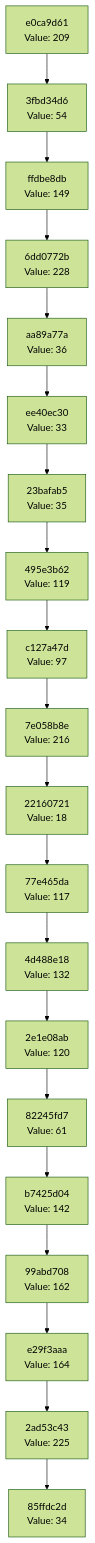
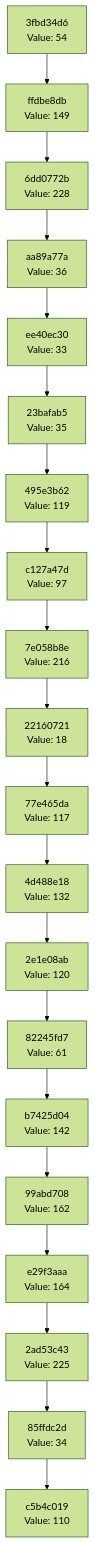
One commit to Abhisheksinha1506/hash-chain-evolver changed the diagram in docs/CHAIN_VISUALIZATION.md. Above: the diagram before and after it, drawn with Mermaid (forest theme). The commit also changed 3 other files, not shown here.

````diff
--- a/docs/CHAIN_VISUALIZATION.md
+++ b/docs/CHAIN_VISUALIZATION.md
@@ -3,42 +3,42 @@
 ```mermaid
 graph TD
-    C0["85ffdc2d<br/>Value: 34"]
-    C1["2ad53c43<br/>Value: 225"]
+    C0["c5b4c019<br/>Value: 110"]
+    C1["85ffdc2d<br/>Value: 34"]
     C1 --> C0
-    C2["e29f3aaa<br/>Value: 164"]
+    C2["2ad53c43<br/>Value: 225"]
     C2 --> C1
-    C3["99abd708<br/>Value: 162"]
+    C3["e29f3aaa<br/>Value: 164"]
     C3 --> C2
-    C4["b7425d04<br/>Value: 142"]
+    C4["99abd708<br/>Value: 162"]
     C4 --> C3
-    C5["82245fd7<br/>Value: 61"]
+    C5["b7425d04<br/>Value: 142"]
     C5 --> C4
-    C6["2e1e08ab<br/>Value: 120"]
+    C6["82245fd7<br/>Value: 61"]
     C6 --> C5
-    C7["4d488e18<br/>Value: 132"]
+    C7["2e1e08ab<br/>Value: 120"]
     C7 --> C6
-    C8["77e465da<br/>Value: 117"]
+    C8["4d488e18<br/>Value: 132"]
     C8 --> C7
-    C9["22160721<br/>Value: 18"]
+    C9["77e465da<br/>Value: 117"]
     C9 --> C8
-    C10["7e058b8e<br/>Value: 216"]
+    C10["22160721<br/>Value: 18"]
     C10 --> C9
-    C11["c127a47d<br/>Value: 97"]
+    C11["7e058b8e<br/>Value: 216"]
     C11 --> C10
-    C12["495e3b62<br/>Value: 119"]
+    C12["c127a47d<br/>Value: 97"]
     C12 --> C11
-    C13["23bafab5<br/>Value: 35"]
+    C13["495e3b62<br/>Value: 119"]
     C13 --> C12
-    C14["ee40ec30<br/>Value: 33"]
+    C14["23bafab5<br/>Value: 35"]
     C14 --> C13
-    C15["aa89a77a<br/>Value: 36"]
+    C15["ee40ec30<br/>Value: 33"]
     C15 --> C14
-    C16["6dd0772b<br/>Value: 228"]
+    C16["aa89a77a<br/>Value: 36"]
     C16 --> C15
-    C17["ffdbe8db<br/>Value: 149"]
+    C17["6dd0772b<br/>Value: 228"]
     C17 --> C16
-    C18["3fbd34d6<br/>Value: 54"]
+    C18["ffdbe8db<br/>Value: 149"]
     C18 --> C17
-    C19["e0ca9d61<br/>Value: 209"]
+    C19["3fbd34d6<br/>Value: 54"]
     C19 --> C18
 ```
````
